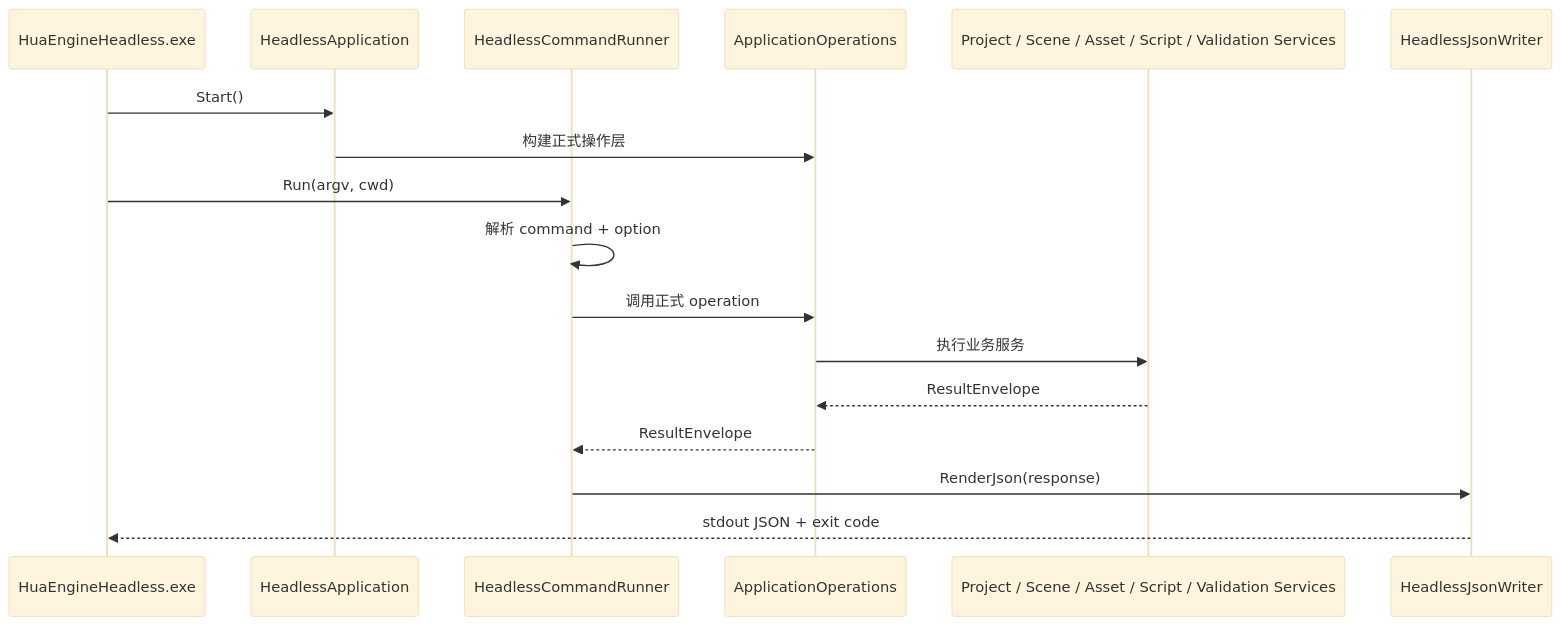
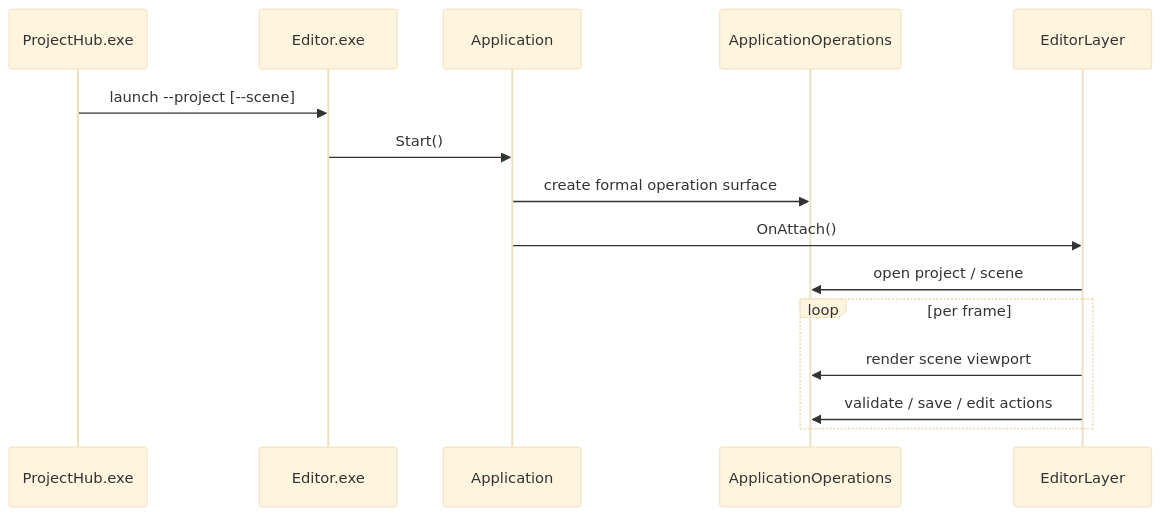
The second of 2 diagrams in docs/refactored-engine-architecture.md (EriccWuu/HuaEngine), drawn with Mermaid (base theme) before and after one commit. The commit also changed other lines of this file and 111 other files, not shown here.

First line of the commit message:
feat: project hub

````diff
--- a/docs/refactored-engine-architecture.md
+++ b/docs/refactored-engine-architecture.md
@@ -210,21 +52,18 @@
 ```mermaid
 sequenceDiagram
-    participant CLI as HuaEngineHeadless.exe
-    participant App as HeadlessApplication
-    participant Runner as HeadlessCommandRunner
+    participant Hub as ProjectHub.exe
+    participant Editor as Editor.exe
+    participant App as Application
     participant Ops as ApplicationOperations
-    participant Svc as Project / Scene / Asset / Script / Validation Services
-    participant Json as HeadlessJsonWriter
+    participant Layer as EditorLayer
 
-    CLI->>App: Start()
-    App->>Ops: 构建正式操作层
-
-    CLI->>Runner: Run(argv, cwd)
-    Runner->>Runner: 解析 command + option
-    Runner->>Ops: 调用正式 operation
-    Ops->>Svc: 执行业务服务
-    Svc-->>Ops: ResultEnvelope
-    Ops-->>Runner: ResultEnvelope
-    Runner->>Json: RenderJson(response)
-    Json-->>CLI: stdout JSON + exit code
+    Hub->>Editor: launch --project [--scene]
+    Editor->>App: Start()
+    App->>Ops: create formal operation surface
+    App->>Layer: OnAttach()
+    Layer->>Ops: open project / scene
+    loop per frame
+        Layer->>Ops: render scene viewport
+        Layer->>Ops: validate / save / edit actions
+    end
 ```
````
